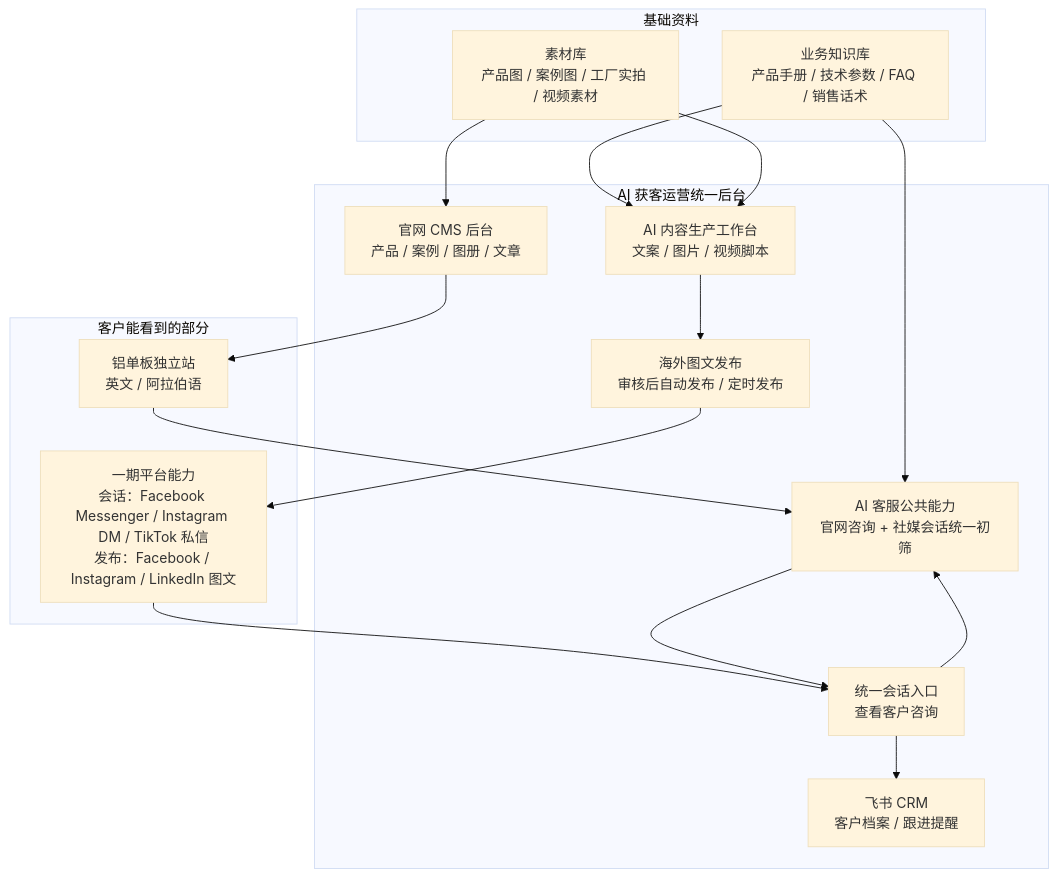
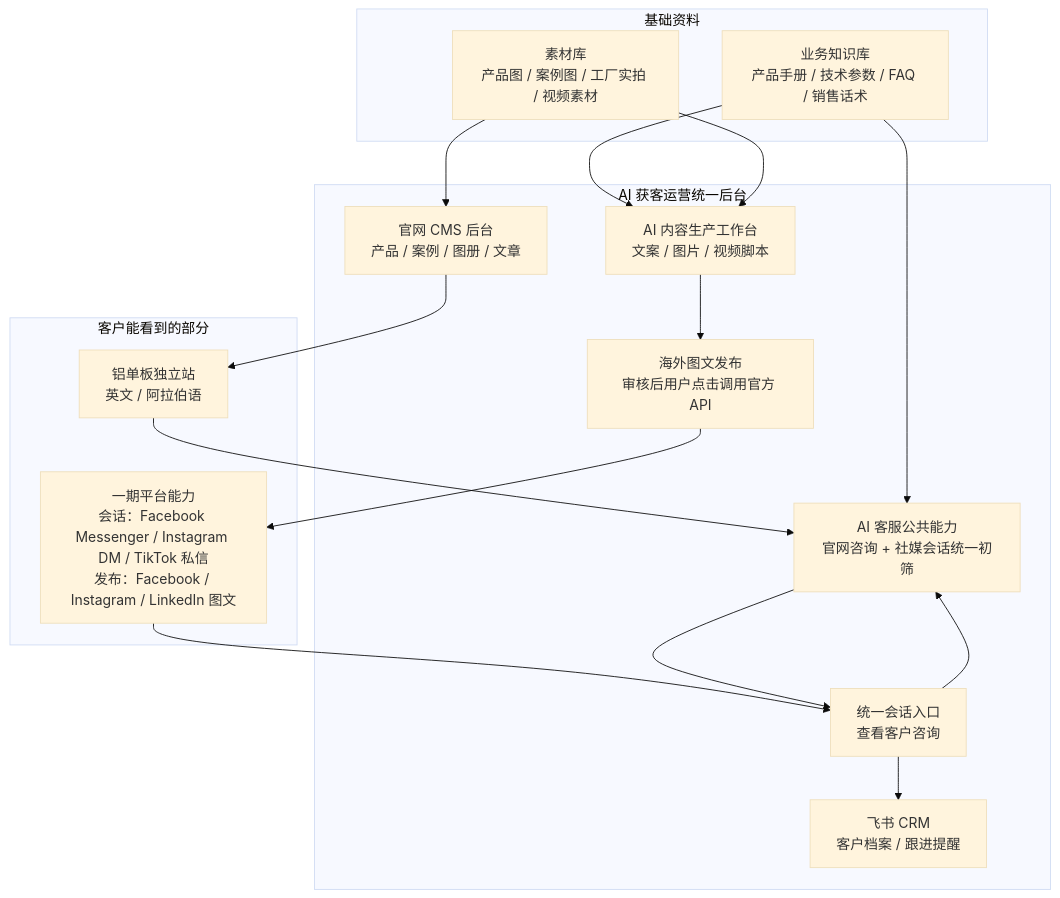
The second of 6 diagrams in docs/requirements/一期需求说明文档.md (jueyunai/ivybm), drawn with Mermaid (base theme) before and after one commit. The commit also changed other lines of this file and 10 other files, not shown here.

````diff
--- a/docs/requirements/一期需求说明文档.md
+++ b/docs/requirements/一期需求说明文档.md
@@ -72,34 +74,34 @@
 ```mermaid
 flowchart TB
     subgraph C1["客户能看到的部分"]
         W["铝单板独立站<br/>英文 / 阿拉伯语"]
         S["一期平台能力<br/>会话：Facebook Messenger / Instagram DM / TikTok 私信<br/>发布：Facebook / Instagram / LinkedIn 图文"]
     end
 
     subgraph C2["AI 获客运营统一后台"]
         CMS["官网 CMS 后台<br/>产品 / 案例 / 图册 / 文章"]
         MSG["统一会话入口<br/>查看客户咨询"]
         AIK["AI 客服公共能力<br/>官网咨询 + 社媒会话统一初筛"]
         CONTENT["AI 内容生产工作台<br/>文案 / 图片 / 视频脚本"]
-        PUB["海外图文发布<br/>审核后自动发布 / 定时发布"]
+        PUB["海外图文发布<br/>审核后用户点击调用官方 API"]
         CRM["飞书 CRM<br/>客户档案 / 跟进提醒"]
     end
 
     subgraph C3["基础资料"]
         KB["业务知识库<br/>产品手册 / 技术参数 / FAQ / 销售话术"]
         MATERIAL["素材库<br/>产品图 / 案例图 / 工厂实拍 / 视频素材"]
     end
 
     S --> MSG
     W --> AIK
     MSG --> AIK
     AIK --> MSG
     MSG --> CRM
     CMS --> W
     KB --> AIK
     KB --> CONTENT
     MATERIAL --> CMS
     MATERIAL --> CONTENT
     CONTENT --> PUB
     PUB --> S
 ```
````
